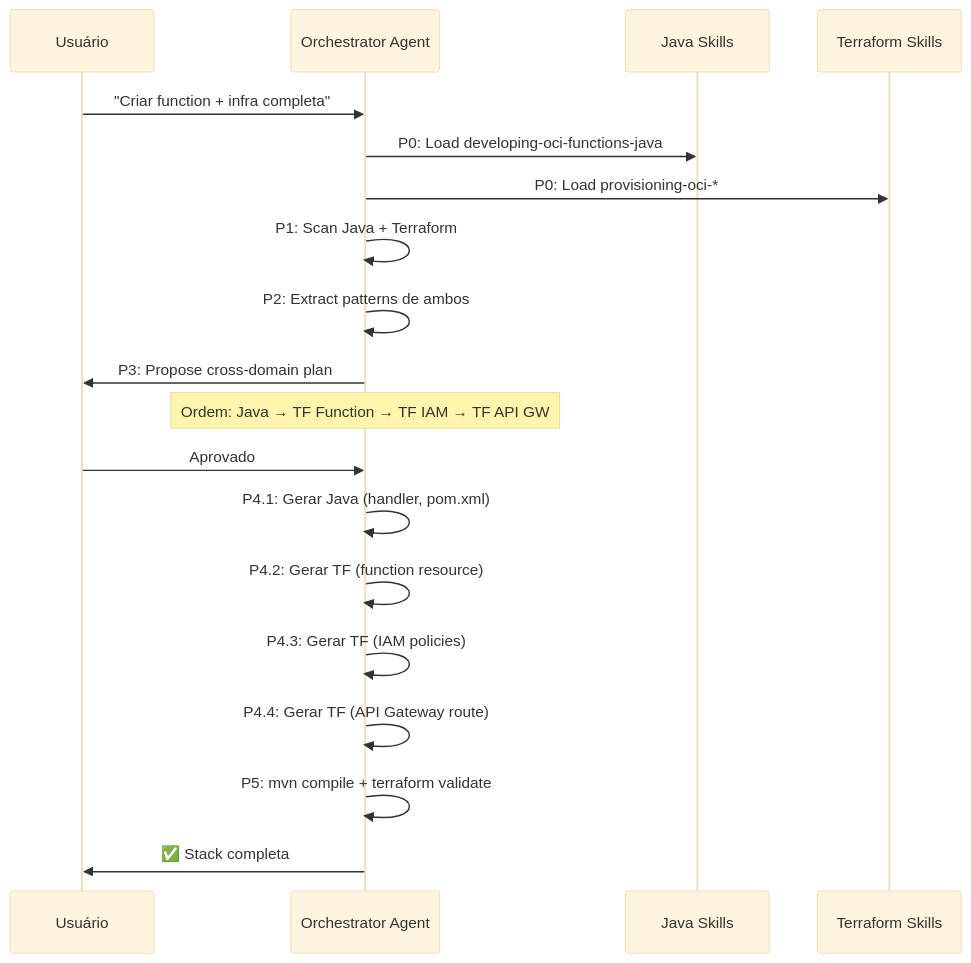
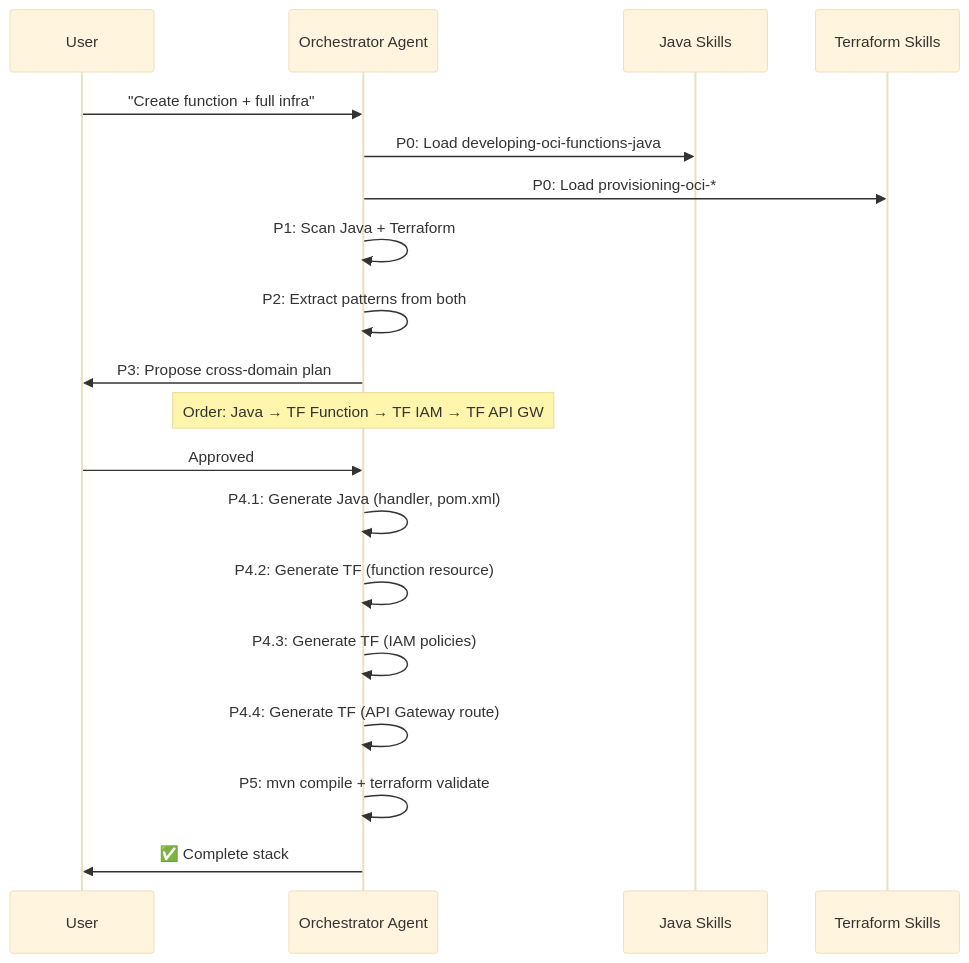
One commit to rodrigo-mendes/agents-factory changed the fourth of 5 diagrams in docs/fluxos/fluxo-implementacao.md. Above: the diagram before and after it, drawn with Mermaid (base theme). The commit also changed other lines of this file and 70 other files, not shown here.

````diff
--- a/docs/fluxos/fluxo-implementacao.md
+++ b/docs/fluxos/fluxo-implementacao.md
@@ -99,22 +99,22 @@
 ```mermaid
 sequenceDiagram
-    participant U as Usuário
+    participant U as User
     participant OR as Orchestrator Agent
     participant SK1 as Java Skills
     participant SK2 as Terraform Skills
     
-    U->>OR: "Criar function + infra completa"
+    U->>OR: "Create function + full infra"
     OR->>SK1: P0: Load developing-oci-functions-java
     OR->>SK2: P0: Load provisioning-oci-*
     OR->>OR: P1: Scan Java + Terraform
-    OR->>OR: P2: Extract patterns de ambos
+    OR->>OR: P2: Extract patterns from both
     OR->>U: P3: Propose cross-domain plan
-    Note over OR: Ordem: Java → TF Function → TF IAM → TF API GW
-    U->>OR: Aprovado
-    OR->>OR: P4.1: Gerar Java (handler, pom.xml)
-    OR->>OR: P4.2: Gerar TF (function resource)
-    OR->>OR: P4.3: Gerar TF (IAM policies)
-    OR->>OR: P4.4: Gerar TF (API Gateway route)
+    Note over OR: Order: Java → TF Function → TF IAM → TF API GW
+    U->>OR: Approved
+    OR->>OR: P4.1: Generate Java (handler, pom.xml)
+    OR->>OR: P4.2: Generate TF (function resource)
+    OR->>OR: P4.3: Generate TF (IAM policies)
+    OR->>OR: P4.4: Generate TF (API Gateway route)
     OR->>OR: P5: mvn compile + terraform validate
-    OR->>U: ✅ Stack completa
+    OR->>U: ✅ Complete stack
 ```
````
